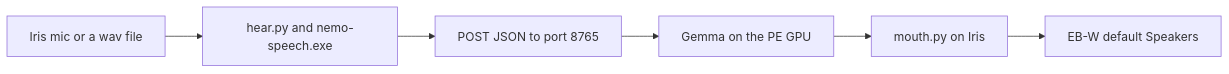
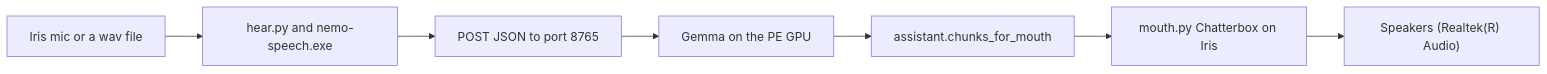
The diagram in README.md (wgabrys88/Trident), drawn with Mermaid before and after one commit. The commit also changed other lines of this file and 1 other file, not shown here.

````diff
--- a/README.md
+++ b/README.md
@@ -25,10 +32,11 @@
 ```mermaid
 flowchart LR
   mic[Iris mic or a wav file]
   asr[hear.py and nemo-speech.exe]
   post[POST JSON to port 8765]
   gemma[Gemma on the PE GPU]
-  mouth[mouth.py on Iris]
-  speakers[EB-W default Speakers]
-  mic --> asr --> post --> gemma --> mouth --> speakers
+  chunk[assistant.chunks_for_mouth]
+  mouth[mouth.py Chatterbox on Iris]
+  speakers["Speakers (Realtek(R) Audio)"]
+  mic --> asr --> post --> gemma --> chunk --> mouth --> speakers
 ```
````
